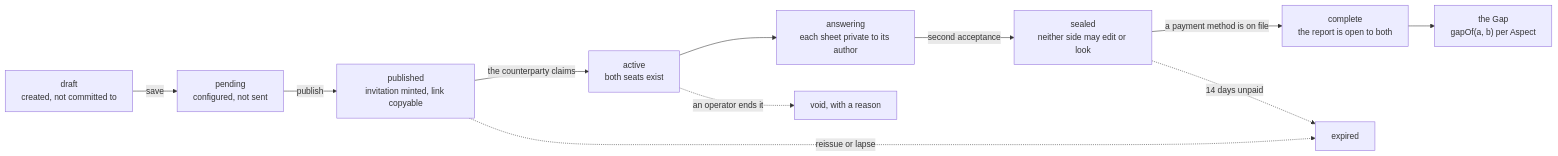
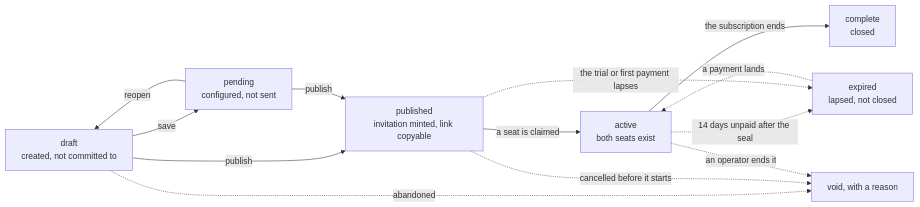
The first of 2 diagrams in README.md (riolabs-ai/alignsynch), drawn with Mermaid before and after one commit. The commit also changed other lines of this file, not shown here.

````diff
--- a/README.md
+++ b/README.md
@@ -177,13 +185,15 @@
 ```mermaid
 flowchart LR
     D["draft<br/>created, not committed to"] -->|save| PE["pending<br/>configured, not sent"]
-    PE -->|publish| P["published<br/>invitation minted, link copyable"]
-    P -->|the counterparty claims| A["active<br/>both seats exist"]
-    A --> S["answering<br/>each sheet private to its author"]
-    S -->|second acceptance| SE["sealed<br/>neither side may edit or look"]
-    SE -->|a payment method is on file| C["complete<br/>the report is open to both"]
-    C --> G["the Gap<br/>gapOf(a, b) per Aspect"]
-    SE -.->|14 days unpaid| X["expired"]
-    P -.->|reissue or lapse| X
-    A -.->|an operator ends it| V["void, with a reason"]
+    D -->|publish| P["published<br/>invitation minted, link copyable"]
+    PE -->|publish| P
+    PE -->|reopen| D
+    P -->|a seat is claimed| A["active<br/>both seats exist"]
+    A -->|the subscription ends| C["complete<br/>closed"]
+    A -.->|14 days unpaid after the seal| X["expired<br/>lapsed, not closed"]
+    X -.->|a payment lands| A
+    P -.->|the trial or first payment lapses| X
+    D -.->|abandoned| V["void, with a reason"]
+    P -.->|cancelled before it starts| V
+    A -.->|an operator ends it| V
 ```
````
